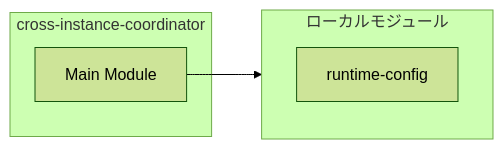
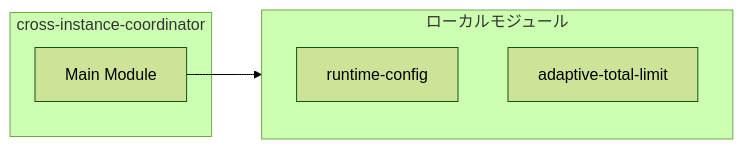
One commit to Mekann2904/mekann changed the second of 4 diagrams in ABDD/.pi/lib/cross-instance-coordinator.md. Above: the diagram before and after it, drawn with Mermaid (forest theme). The commit also changed other lines of this file and 205 other files, not shown here.

````diff
--- a/ABDD/.pi/lib/cross-instance-coordinator.md
+++ b/ABDD/.pi/lib/cross-instance-coordinator.md
@@ -149,10 +154,11 @@
 ```mermaid
 flowchart LR
   subgraph this[cross-instance-coordinator]
     main[Main Module]
   end
   subgraph local[ローカルモジュール]
     runtime_config["runtime-config"]
+    adaptive_total_limit["adaptive-total-limit"]
   end
   main --> local
 ```
````
